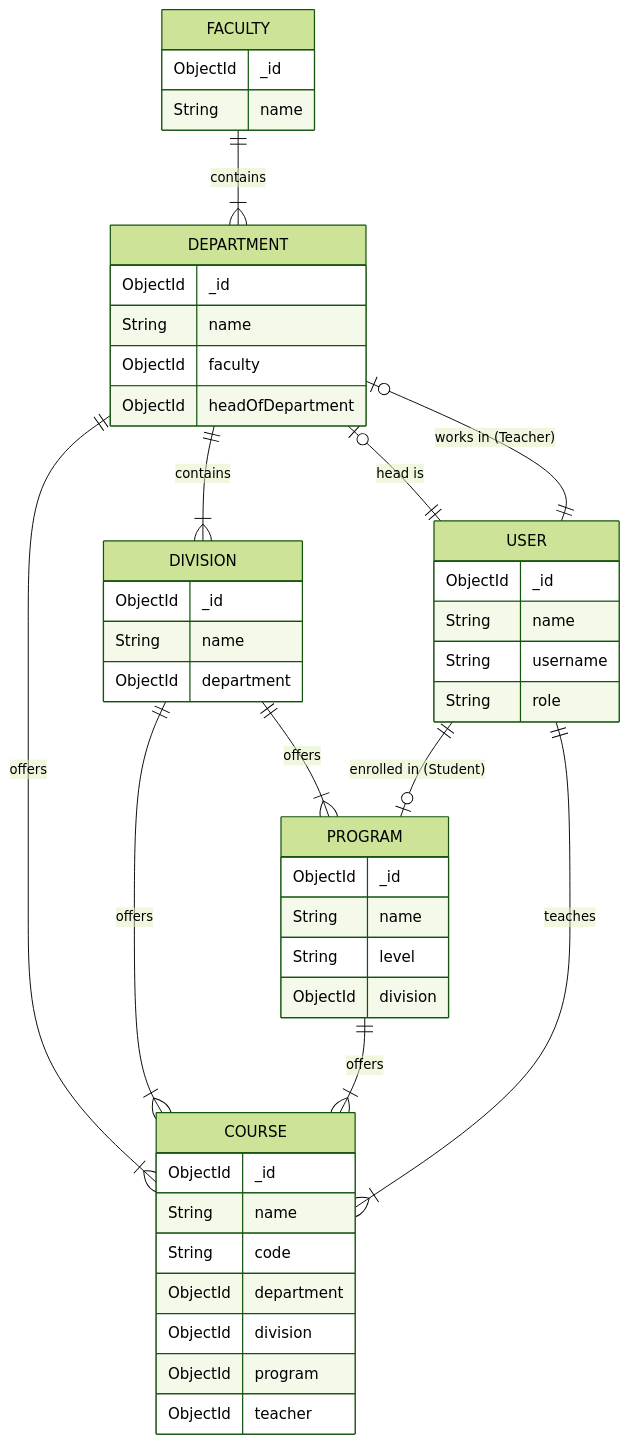
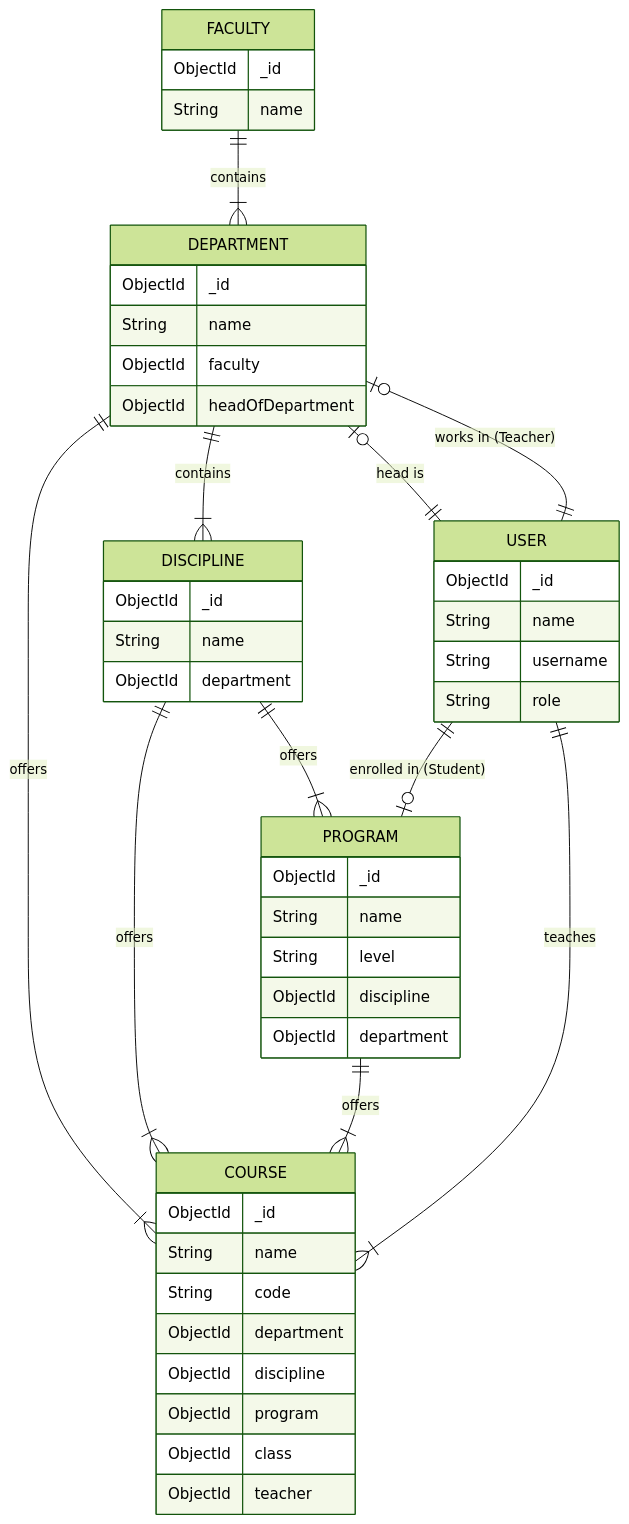
Before and after one commit to Ta1al/ams: the second of 2 diagrams in documentation/models.md, drawn with Mermaid (forest theme). The commit also changed other lines of this file and 4 other files, not shown here.

Commit message:
feat: Update documentation to reflect changes in data model hierarchy, replacing 'Division' with 'Discipline' and adding deprecation tracking for unused endpoints

````diff
--- a/documentation/models.md
+++ b/documentation/models.md
@@ -112,58 +115,60 @@
 ```mermaid
 erDiagram
     FACULTY ||--|{ DEPARTMENT : contains
-    DEPARTMENT ||--|{ DIVISION : contains
-    DIVISION ||--|{ PROGRAM : offers
+    DEPARTMENT ||--|{ DISCIPLINE : contains
+    DISCIPLINE ||--|{ PROGRAM : offers
 
     DEPARTMENT ||--|{ COURSE : offers
-    DIVISION ||--|{ COURSE : offers
+    DISCIPLINE ||--|{ COURSE : offers
     PROGRAM ||--|{ COURSE : offers
     USER ||--|{ COURSE : teaches
     
     USER ||--o| PROGRAM : "enrolled in (Student)"
     USER ||--o| DEPARTMENT : "works in (Teacher)"
     
     DEPARTMENT |o--|| USER : "head is"
 
     FACULTY {
         ObjectId _id
         String name
     }
 
     DEPARTMENT {
         ObjectId _id
         String name
         ObjectId faculty
         ObjectId headOfDepartment
     }
 
-    DIVISION {
+    DISCIPLINE {
         ObjectId _id
         String name
         ObjectId department
     }
 
     PROGRAM {
         ObjectId _id
         String name
         String level
-        ObjectId division
+        ObjectId discipline
+        ObjectId department
     }
 
     COURSE {
         ObjectId _id
         String name
         String code
         ObjectId department
-        ObjectId division
+        ObjectId discipline
         ObjectId program
+        ObjectId class
         ObjectId teacher
     }
 
     USER {
         ObjectId _id
         String name
         String username
         String role
     }
 ```
````
